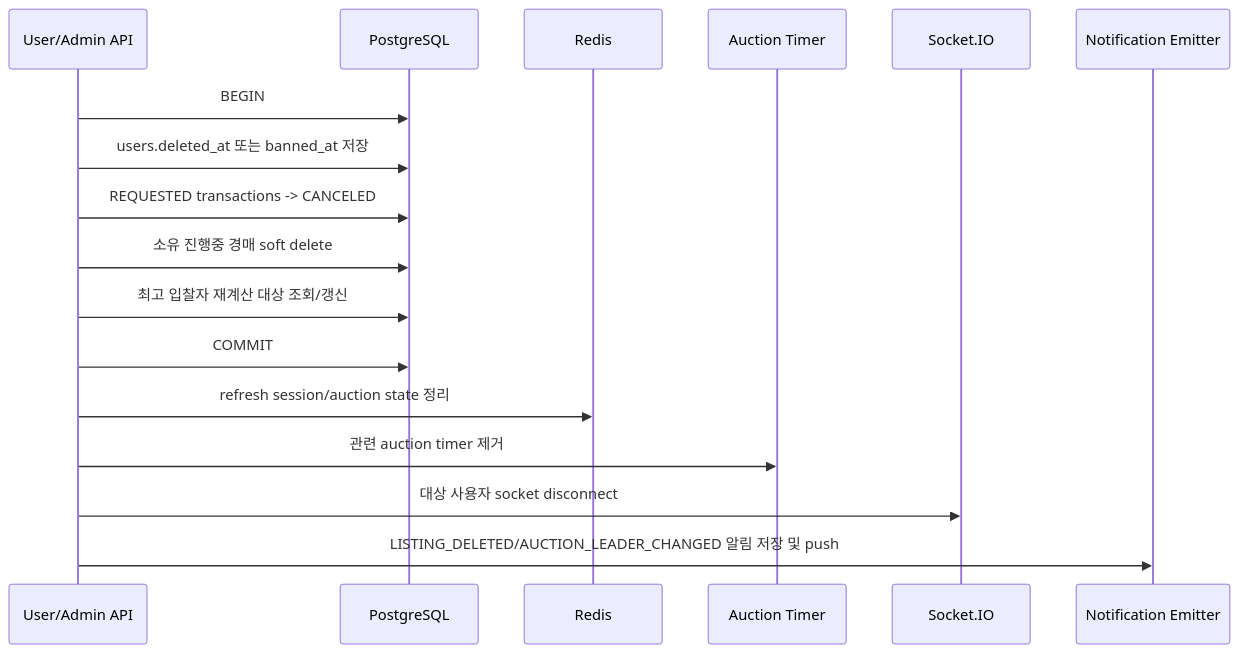
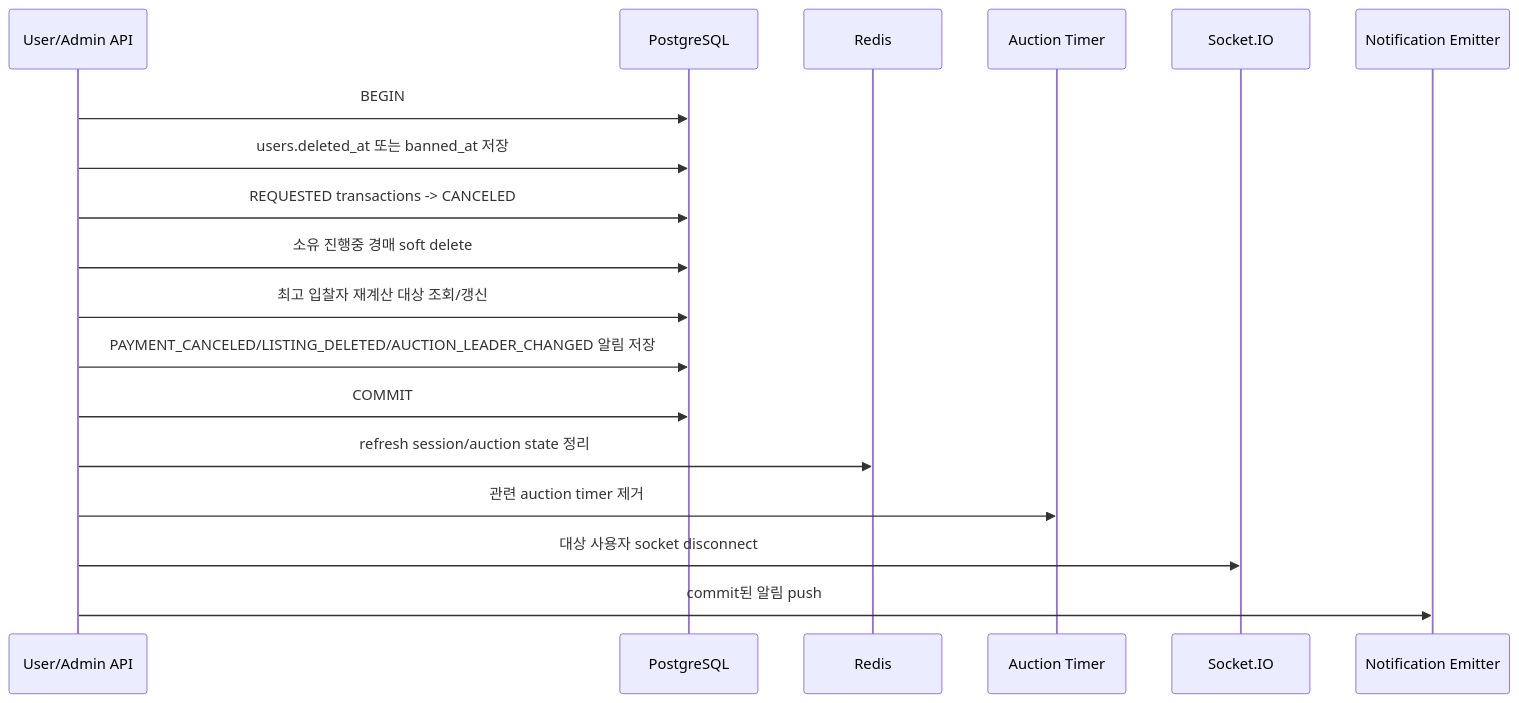
The third of 3 diagrams in docs/Potato-Land-Docs/07. 아키텍처/전체 서버 아키텍처.md (hurwan0629/potato-land), drawn with Mermaid before and after one commit. The commit also changed other lines of this file and 55 other files, not shown here.

Commit message:
docs: align implementation flows and state contracts

````diff
--- a/docs/Potato-Land-Docs/07. 아키텍처/전체 서버 아키텍처.md
+++ b/docs/Potato-Land-Docs/07. 아키텍처/전체 서버 아키텍처.md
@@ -174,20 +174,21 @@
 ```mermaid
 sequenceDiagram
     participant API as User/Admin API
     participant DB as PostgreSQL
     participant R as Redis
     participant T as Auction Timer
     participant S as Socket.IO
     participant N as Notification Emitter
 
     API->>DB: BEGIN
     API->>DB: users.deleted_at 또는 banned_at 저장
     API->>DB: REQUESTED transactions -> CANCELED
     API->>DB: 소유 진행중 경매 soft delete
     API->>DB: 최고 입찰자 재계산 대상 조회/갱신
+    API->>DB: PAYMENT_CANCELED/LISTING_DELETED/AUCTION_LEADER_CHANGED 알림 저장
     API->>DB: COMMIT
     API->>R: refresh session/auction state 정리
     API->>T: 관련 auction timer 제거
     API->>S: 대상 사용자 socket disconnect
-    API->>N: LISTING_DELETED/AUCTION_LEADER_CHANGED 알림 저장 및 push
+    API->>N: commit된 알림 push
 ```
````
